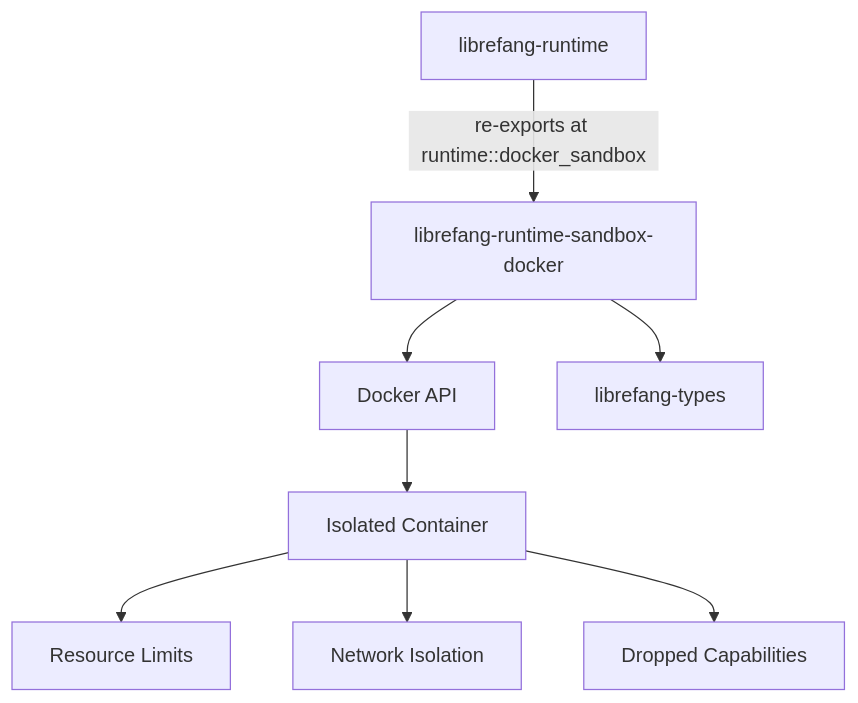
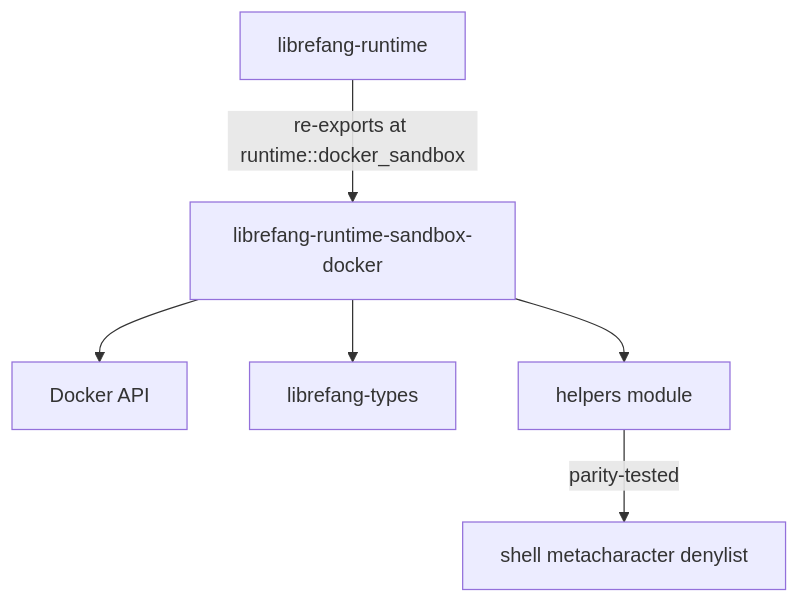
One commit to leszek3737/librefang-WIki changed the diagram in other-librefang-runtime-sandbox-docker.md. Above: the diagram before and after it, drawn with Mermaid. The commit also changed other lines of this file and 125 other files, not shown here.

````diff
--- a/other-librefang-runtime-sandbox-docker.md
+++ b/other-librefang-runtime-sandbox-docker.md
@@ -15,10 +11,8 @@
 ```mermaid
 graph TD
-    A[librefang-runtime] -->|re-exports at runtime::docker_sandbox| B[librefang-runtime-sandbox-docker]
+    A[librefang-runtime] -->|"re-exports at runtime::docker_sandbox"| B[librefang-runtime-sandbox-docker]
     B --> C[Docker API]
     B --> D[librefang-types]
-    C --> E[Isolated Container]
-    E --> F[Resource Limits]
-    E --> G[Network Isolation]
-    E --> H[Dropped Capabilities]
+    B --> E[helpers module]
+    E -->|"parity-tested"| F[shell metacharacter denylist]
 ```
````
